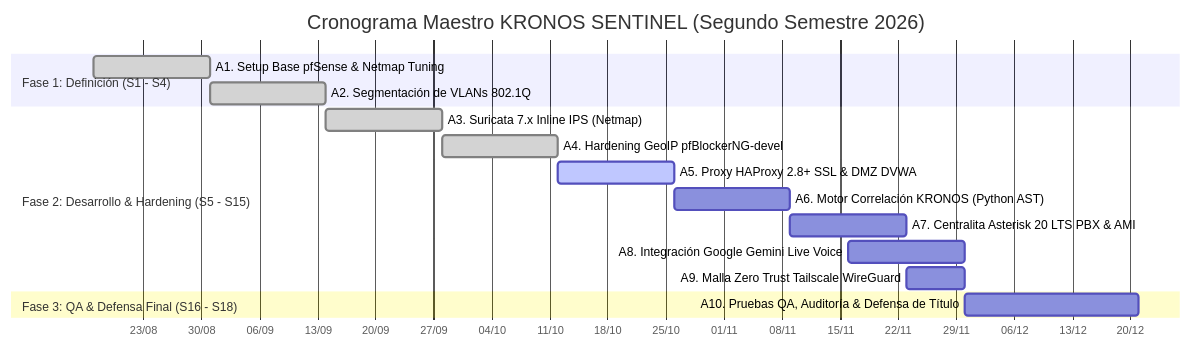
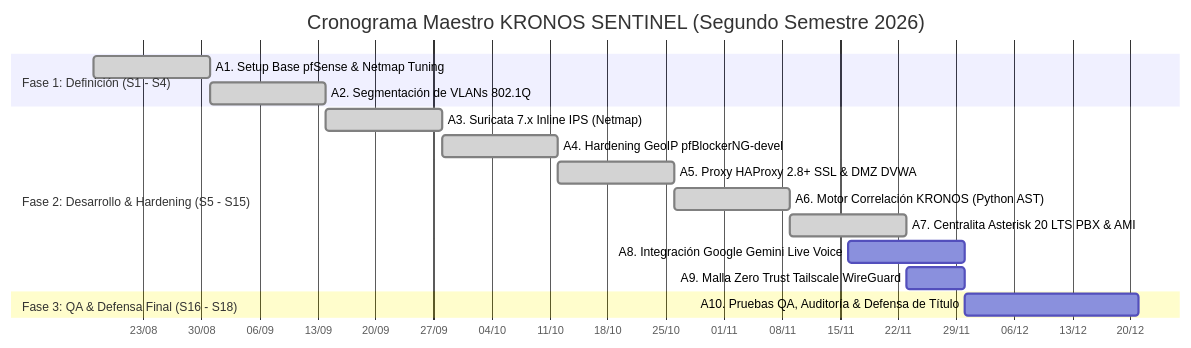
The diagram in docs/Fase_2_Desarrollo_Proyecto_APT/Informacion_EA2/Plan_Trabajo_Carta_Gantt.md (Fredinni/Proyecto-Portafolio), drawn with Mermaid before and after one commit. The commit also changed other lines of this file and 51 other files, not shown here.

Commit message:
feat(voip-soar): resolver ruteo rtp en pfsense y desplegar audio debriefing en asterisk pbx

````diff
--- a/docs/Fase_2_Desarrollo_Proyecto_APT/Informacion_EA2/Plan_Trabajo_Carta_Gantt.md
+++ b/docs/Fase_2_Desarrollo_Proyecto_APT/Informacion_EA2/Plan_Trabajo_Carta_Gantt.md
@@ -38,22 +38,22 @@
 ```mermaid
 gantt
     title Cronograma Maestro KRONOS SENTINEL (Segundo Semestre 2026)
     dateFormat  YYYY-MM-DD
     axisFormat  %d/%m
     
     section Fase 1: Definición (S1 - S4)
     A1. Setup Base pfSense & Netmap Tuning       :done, a1, 2026-08-17, 14d
     A2. Segmentación de VLANs 802.1Q             :done, a2, 2026-08-31, 14d
     
     section Fase 2: Desarrollo & Hardening (S5 - S15)
     A3. Suricata 7.x Inline IPS (Netmap)         :done, a3, 2026-09-14, 14d
     A4. Hardening GeoIP pfBlockerNG-devel        :done, a4, 2026-09-28, 14d
-    A5. Proxy HAProxy 2.8+ SSL & DMZ DVWA        :active, a5, 2026-10-12, 14d
-    A6. Motor Correlación KRONOS (Python AST)    :a6, 2026-10-26, 14d
-    A7. Centralita Asterisk 20 LTS PBX & AMI     :a7, 2026-11-09, 14d
+    A5. Proxy HAProxy 2.8+ SSL & DMZ DVWA        :done, a5, 2026-10-12, 14d
+    A6. Motor Correlación KRONOS (Python AST)    :done, a6, 2026-10-26, 14d
+    A7. Centralita Asterisk 20 LTS PBX & AMI     :done, a7, 2026-11-09, 14d
     A8. Integración Google Gemini Live Voice     :a8, 2026-11-16, 14d
     A9. Malla Zero Trust Tailscale WireGuard     :a9, 2026-11-23, 7d
     
     section Fase 3: QA & Defensa Final (S16 - S18)
     A10. Pruebas QA, Auditoría & Defensa de Título :a10, 2026-11-30, 21d
 ```
````
